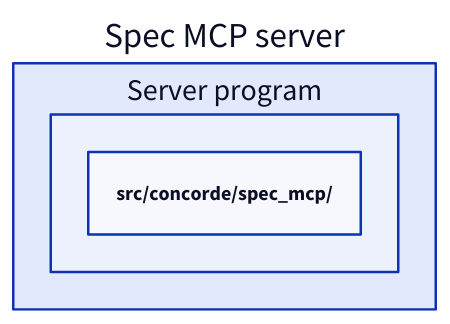
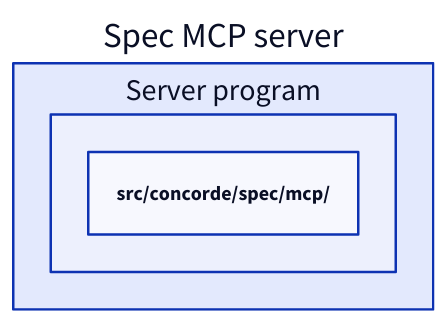
Before and after one commit to FTOD/concorde: the third of 3 diagrams in specs/concorde/spec-tooling/spec-mcp/module.md, drawn with D2. The commit also changed 224 other files, not shown here.

````diff
--- a/specs/concorde/spec-tooling/spec-mcp/module.md
+++ b/specs/concorde/spec-tooling/spec-mcp/module.md
@@ -142,7 +142,7 @@
 ```d2
 mcp: Spec MCP server {
   server: Server program {
-    "src/concorde/spec_mcp/"
+    "src/concorde/spec/mcp/"
   }
 }
 ```
````
